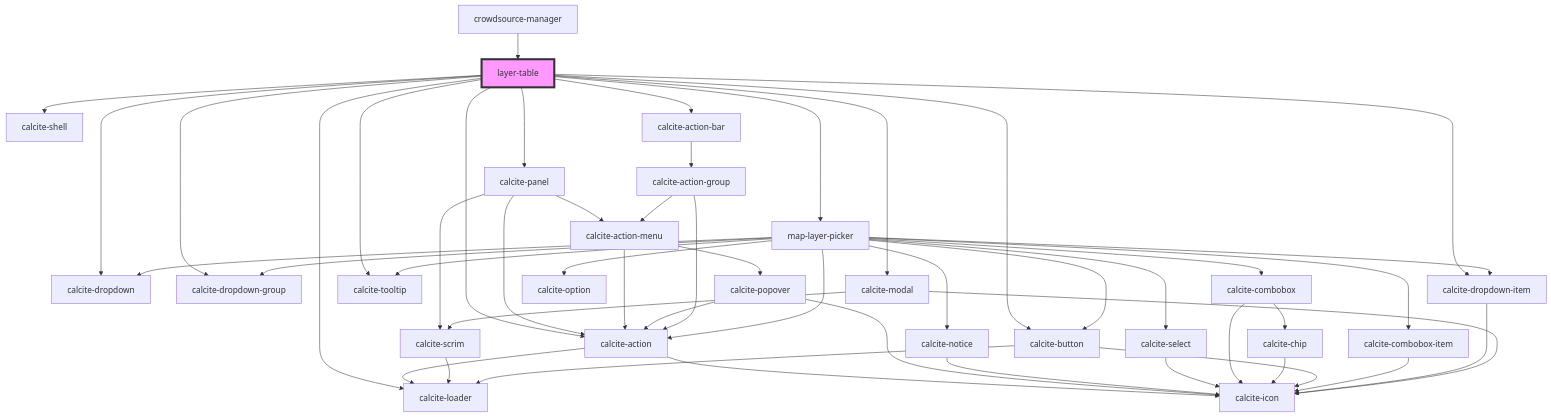
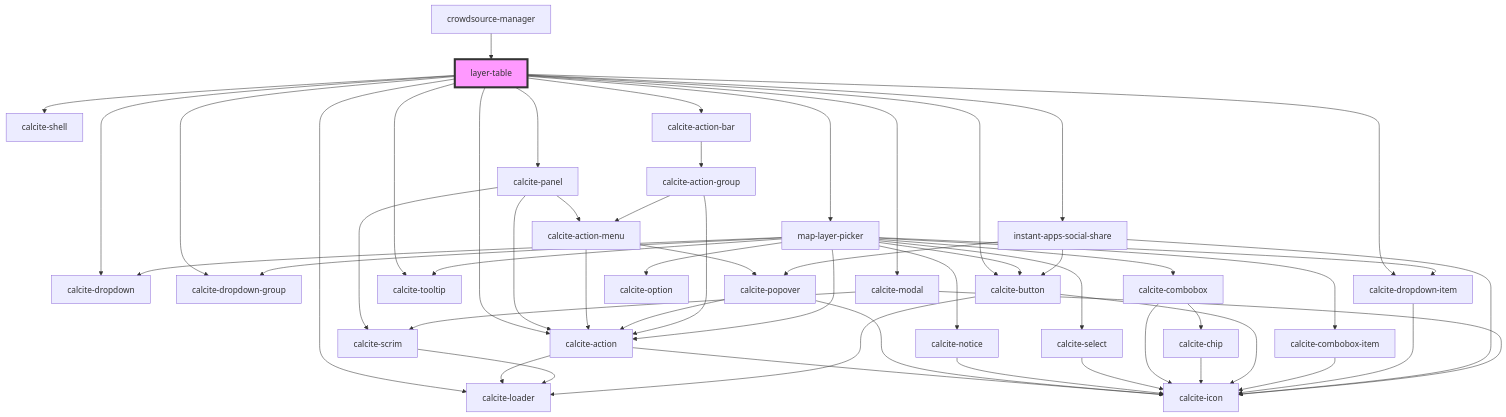
Before and after one commit to Esri/solutions-components: the diagram in src/components/layer-table/readme.md, drawn with Mermaid. The commit also changed other lines of this file and 2 other files, not shown here.

````diff
--- a/src/components/layer-table/readme.md
+++ b/src/components/layer-table/readme.md
@@ -59,52 +59,56 @@
 ```mermaid
 graph TD;
   layer-table --> calcite-shell
   layer-table --> calcite-panel
   layer-table --> calcite-loader
   layer-table --> calcite-action-bar
   layer-table --> map-layer-picker
   layer-table --> calcite-dropdown
   layer-table --> calcite-dropdown-group
   layer-table --> calcite-dropdown-item
   layer-table --> calcite-action
   layer-table --> calcite-button
+  layer-table --> instant-apps-social-share
   layer-table --> calcite-tooltip
   layer-table --> calcite-modal
   calcite-panel --> calcite-action
   calcite-panel --> calcite-action-menu
   calcite-panel --> calcite-scrim
   calcite-action --> calcite-loader
   calcite-action --> calcite-icon
   calcite-action-menu --> calcite-action
   calcite-action-menu --> calcite-popover
   calcite-popover --> calcite-action
   calcite-popover --> calcite-icon
   calcite-scrim --> calcite-loader
   calcite-action-bar --> calcite-action-group
   calcite-action-group --> calcite-action-menu
   calcite-action-group --> calcite-action
   map-layer-picker --> calcite-tooltip
   map-layer-picker --> calcite-notice
   map-layer-picker --> calcite-select
   map-layer-picker --> calcite-combobox
   map-layer-picker --> calcite-dropdown
   map-layer-picker --> calcite-action
   map-layer-picker --> calcite-button
   map-layer-picker --> calcite-dropdown-group
   map-layer-picker --> calcite-combobox-item
   map-layer-picker --> calcite-option
   map-layer-picker --> calcite-dropdown-item
   calcite-notice --> calcite-icon
   calcite-select --> calcite-icon
   calcite-combobox --> calcite-chip
   calcite-combobox --> calcite-icon
   calcite-chip --> calcite-icon
   calcite-button --> calcite-loader
   calcite-button --> calcite-icon
   calcite-combobox-item --> calcite-icon
   calcite-dropdown-item --> calcite-icon
+  instant-apps-social-share --> calcite-popover
+  instant-apps-social-share --> calcite-button
+  instant-apps-social-share --> calcite-icon
   calcite-modal --> calcite-scrim
   calcite-modal --> calcite-icon
   crowdsource-manager --> layer-table
   style layer-table fill:#f9f,stroke:#333,stroke-width:4px
 ```
````
